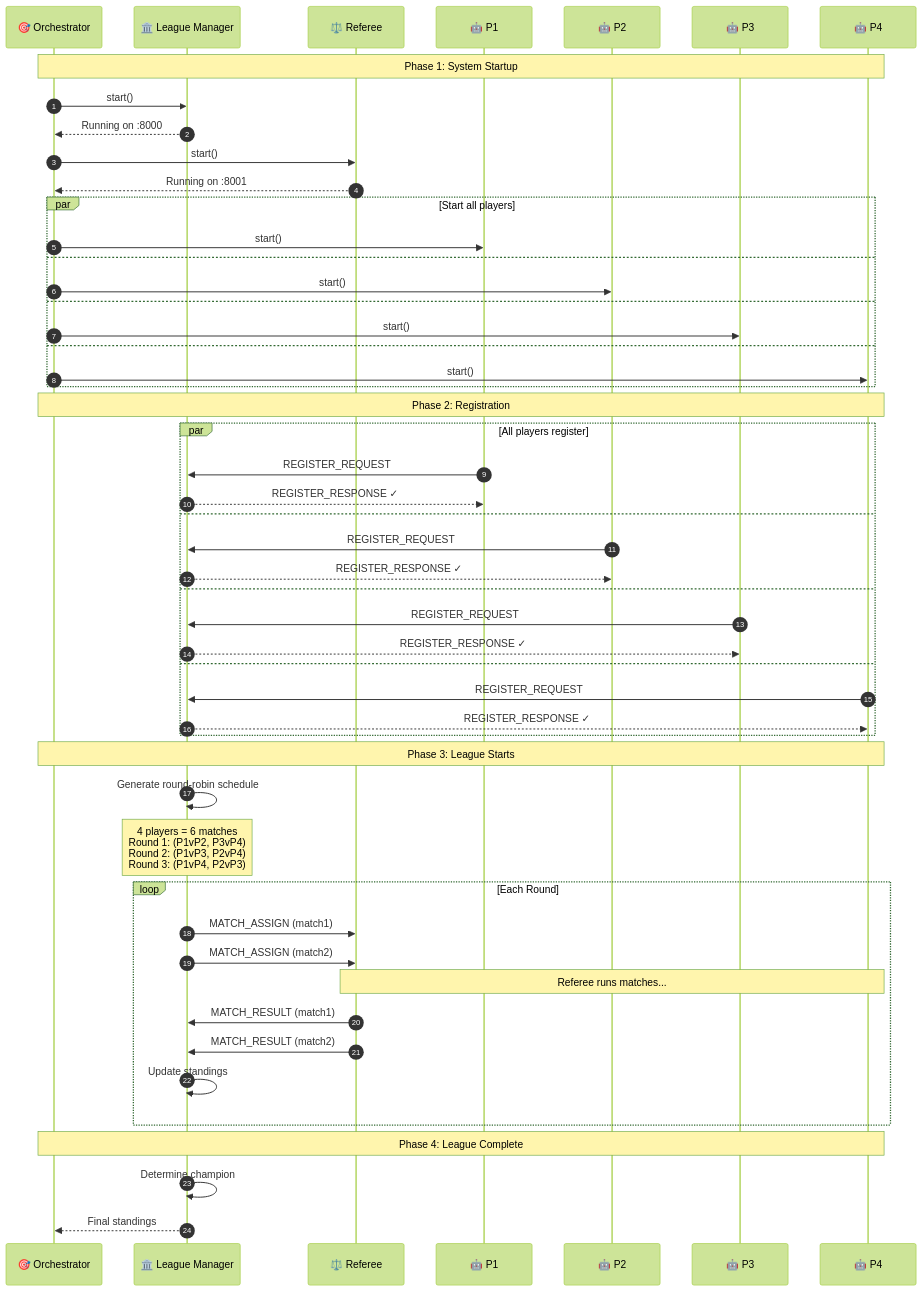
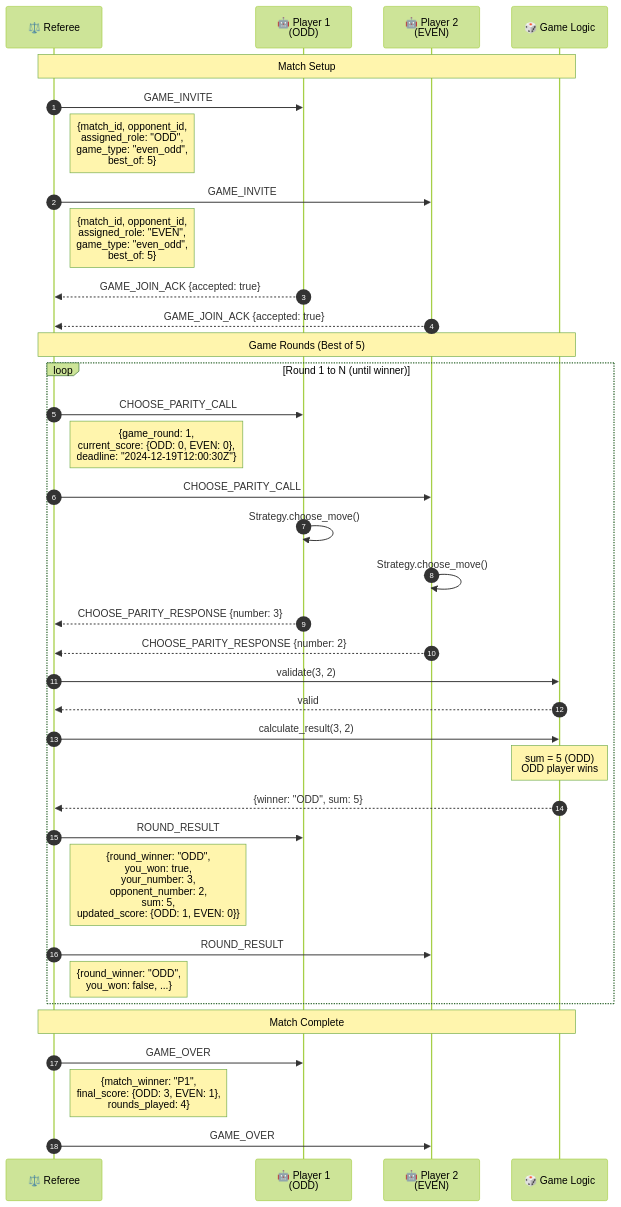
One commit to fouada/Assignment7_mcp-multi-agent-game changed the seventh of 14 diagrams in README.md. Above: the diagram before and after it, drawn with Mermaid (forest theme). The commit also changed other lines of this file and 42 other files, not shown here.

Commit message:
update logic to complete it in agents with documentation

````diff
--- a/README.md
+++ b/README.md
@@ -681,67 +471,54 @@
 ```mermaid
 sequenceDiagram
     autonumber
-    participant ORCH as 🎯 Orchestrator
-    participant LM as 🏛️ League Manager
     participant REF as ⚖️ Referee
-    participant P1 as 🤖 P1
-    participant P2 as 🤖 P2
-    participant P3 as 🤖 P3
-    participant P4 as 🤖 P4
+    participant P1 as 🤖 Player 1<br/>(ODD)
+    participant P2 as 🤖 Player 2<br/>(EVEN)
+    participant GAME as 🎲 Game Logic
     
-    Note over ORCH,P4: Phase 1: System Startup
+    Note over REF,GAME: Match Setup
     
-    ORCH->>LM: start()
-    LM-->>ORCH: Running on :8000
+    REF->>P1: GAME_INVITE
+    Note right of REF: {match_id, opponent_id,<br/>assigned_role: "ODD",<br/>game_type: "even_odd",<br/>best_of: 5}
     
-    ORCH->>REF: start()
-    REF-->>ORCH: Running on :8001
+    REF->>P2: GAME_INVITE
+    Note right of REF: {match_id, opponent_id,<br/>assigned_role: "EVEN",<br/>game_type: "even_odd",<br/>best_of: 5}
     
-    par Start all players
-        ORCH->>P1: start()
-        and
-        ORCH->>P2: start()
-        and
-        ORCH->>P3: start()
-        and
-        ORCH->>P4: start()
+    P1-->>REF: GAME_JOIN_ACK {accepted: true}
+    P2-->>REF: GAME_JOIN_ACK {accepted: true}
+    
+    Note over REF,GAME: Game Rounds (Best of 5)
+    
+    loop Round 1 to N (until winner)
+        REF->>P1: CHOOSE_PARITY_CALL
+        Note right of REF: {game_round: 1,<br/>current_score: {ODD: 0, EVEN: 0},<br/>deadline: "2024-12-19T12:00:30Z"}
+        
+        REF->>P2: CHOOSE_PARITY_CALL
+        
+        P1->>P1: Strategy.choose_move()
+        P2->>P2: Strategy.choose_move()
+        
+        P1-->>REF: CHOOSE_PARITY_RESPONSE {number: 3}
+        P2-->>REF: CHOOSE_PARITY_RESPONSE {number: 2}
+        
+        REF->>GAME: validate(3, 2)
+        GAME-->>REF: valid
+        
+        REF->>GAME: calculate_result(3, 2)
+        Note over GAME: sum = 5 (ODD)<br/>ODD player wins
+        GAME-->>REF: {winner: "ODD", sum: 5}
+        
+        REF->>P1: ROUND_RESULT
+        Note right of REF: {round_winner: "ODD",<br/>you_won: true,<br/>your_number: 3,<br/>opponent_number: 2,<br/>sum: 5,<br/>updated_score: {ODD: 1, EVEN: 0}}
+        
+        REF->>P2: ROUND_RESULT
+        Note right of REF: {round_winner: "ODD",<br/>you_won: false, ...}
     end
     
-    Note over ORCH,P4: Phase 2: Registration
+    Note over REF,GAME: Match Complete
     
-    par All players register
-        P1->>LM: REGISTER_REQUEST
-        LM-->>P1: REGISTER_RESPONSE ✓
-        and
-        P2->>LM: REGISTER_REQUEST
-        LM-->>P2: REGISTER_RESPONSE ✓
-        and
-        P3->>LM: REGISTER_REQUEST
-        LM-->>P3: REGISTER_RESPONSE ✓
-        and
-        P4->>LM: REGISTER_REQUEST
-        LM-->>P4: REGISTER_RESPONSE ✓
-    end
+    REF->>P1: GAME_OVER
+    Note right of REF: {match_winner: "P1",<br/>final_score: {ODD: 3, EVEN: 1},<br/>rounds_played: 4}
     
-    Note over ORCH,P4: Phase 3: League Starts
-    
-    LM->>LM: Generate round-robin schedule
-    Note over LM: 4 players = 6 matches<br/>Round 1: (P1vP2, P3vP4)<br/>Round 2: (P1vP3, P2vP4)<br/>Round 3: (P1vP4, P2vP3)
-    
-    loop Each Round
-        LM->>REF: MATCH_ASSIGN (match1)
-        LM->>REF: MATCH_ASSIGN (match2)
-        
-        Note over REF,P4: Referee runs matches...
-        
-        REF->>LM: MATCH_RESULT (match1)
-        REF->>LM: MATCH_RESULT (match2)
-        
-        LM->>LM: Update standings
-    end
-    
-    Note over ORCH,P4: Phase 4: League Complete
-    
-    LM->>LM: Determine champion
-    LM-->>ORCH: Final standings
+    REF->>P2: GAME_OVER
 ```
````
